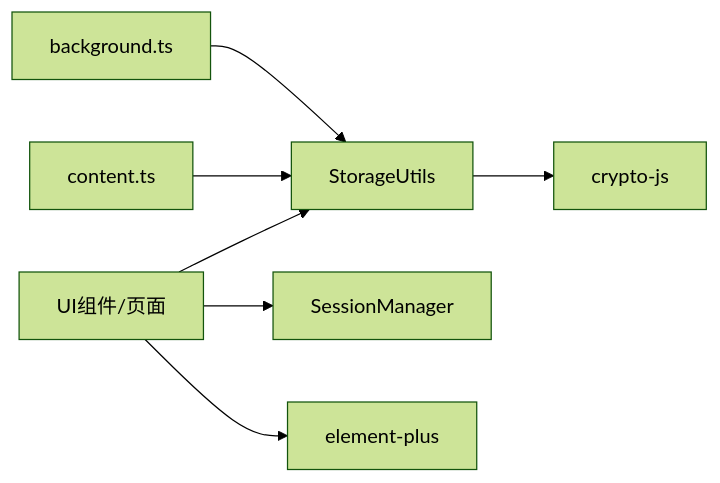
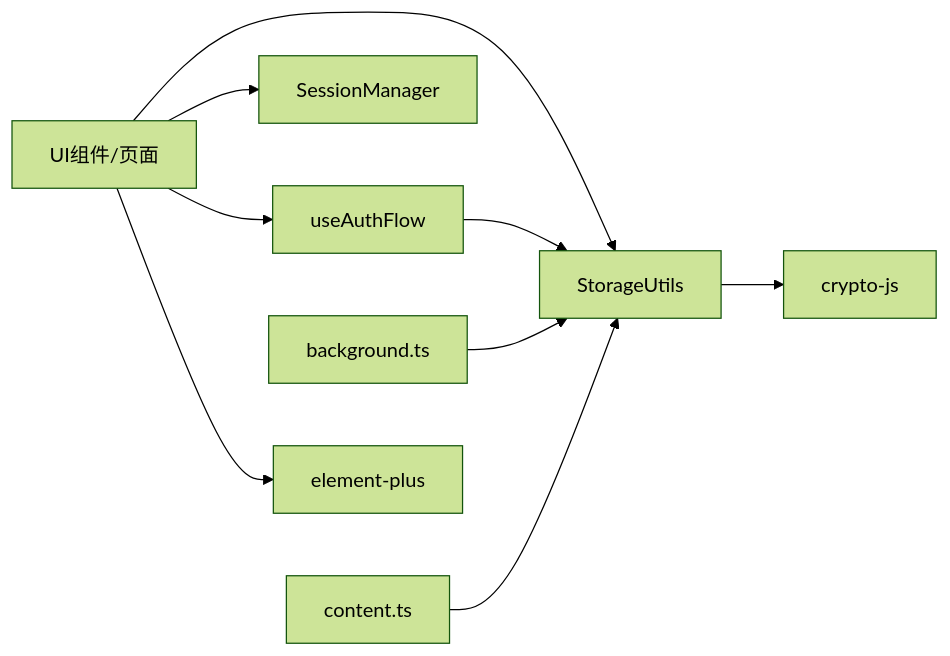
One commit to liaolongdong/account-password-helper changed the eighth of 8 diagrams in .qoder/repowiki/zh/content/安全机制/安全机制.md. Above: the diagram before and after it, drawn with Mermaid (forest theme). The commit also changed other lines of this file and 7 other files, not shown here.

````diff
--- a/.qoder/repowiki/zh/content/安全机制/安全机制.md
+++ b/.qoder/repowiki/zh/content/安全机制/安全机制.md
@@ -309,9 +451,11 @@
 ```mermaid
 graph LR
-UI["UI组件/页面"] --> Store["StorageUtils"]
+UI["UI组件/页面"] --> AuthFlow["useAuthFlow"]
+UI --> Store["StorageUtils"]
 UI --> Sess["SessionManager"]
+AuthFlow --> Store
 BG["background.ts"] --> Store
 CM["content.ts"] --> Store
 Store --> Crypto["crypto-js"]
 UI --> EP["element-plus"]
 ```
````
